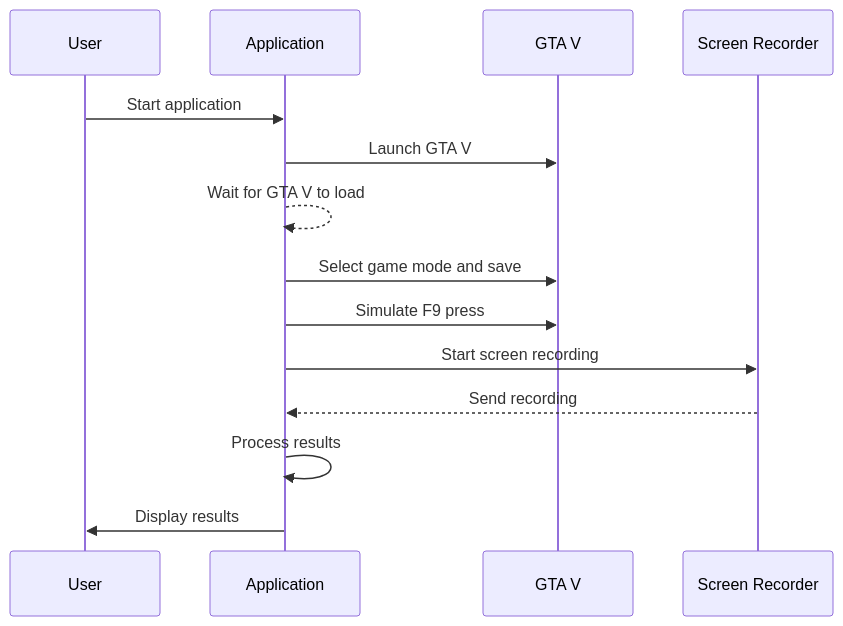
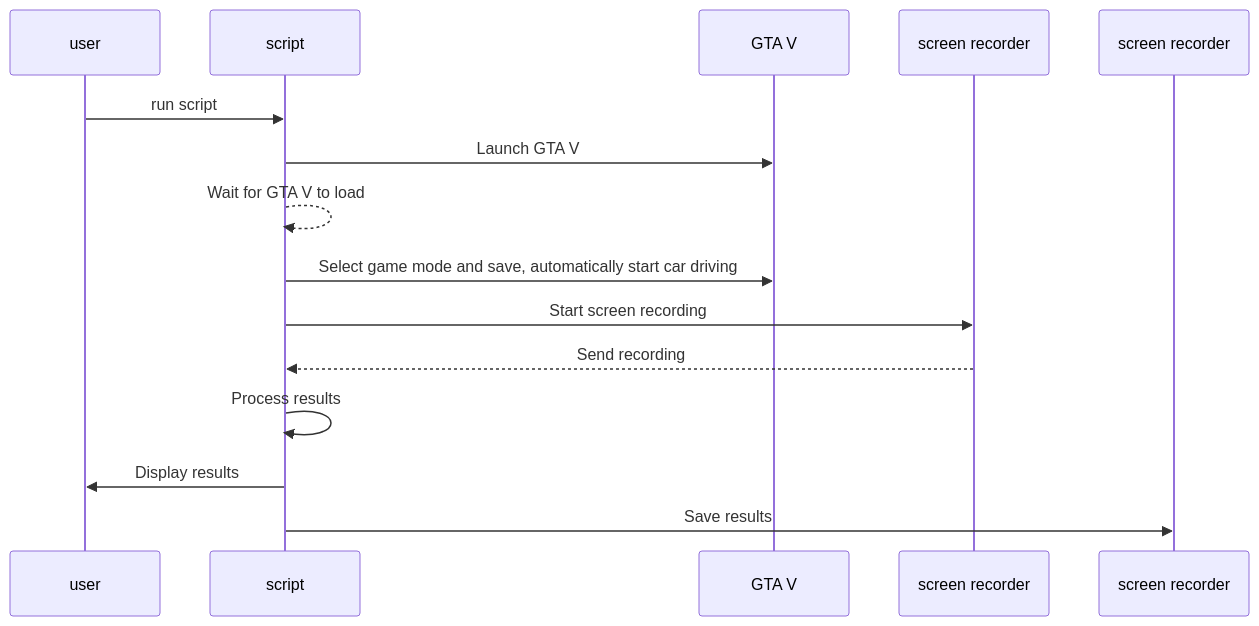
Before and after one commit to Gochad/AutoGuard: the diagram in README.md, drawn with Mermaid. The commit also changed other lines of this file, not shown here.

Commit message:
todo, db in basic flow

````diff
--- a/README.md
+++ b/README.md
@@ -30,17 +28,18 @@
 ```mermaid
 sequenceDiagram
-    participant User as User
-    participant App as Application
+    participant user as user
+    participant script as script
     participant GTA as GTA V
-    participant Recorder as Screen Recorder
+    participant recorder as screen recorder
+    participant db as screen recorder
 
-    User->>App: Start application
-    App->>GTA: Launch GTA V
-    App-->>App: Wait for GTA V to load
-    App->>GTA: Select game mode and save
-    App->>GTA: Simulate F9 press
-    App->>Recorder: Start screen recording
-    Recorder-->>App: Send recording
-    App->>App: Process results
-    App->>User: Display results
+    user->>script: run script
+    script->>GTA: Launch GTA V
+    script-->>script: Wait for GTA V to load
+    script->>GTA: Select game mode and save, automatically start car driving
+    script->>recorder: Start screen recording
+    recorder-->>script: Send recording
+    script->>script: Process results
+    script->>user: Display results
+    script->>db: Save results
 ```
````
